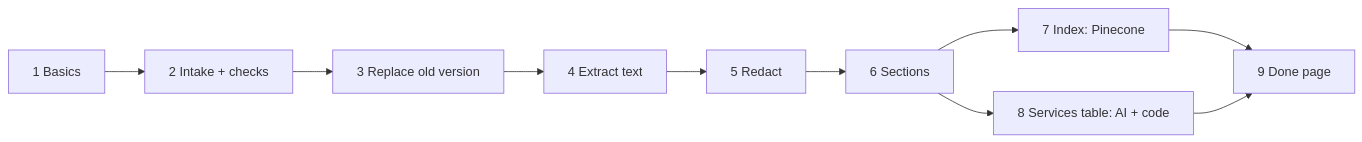
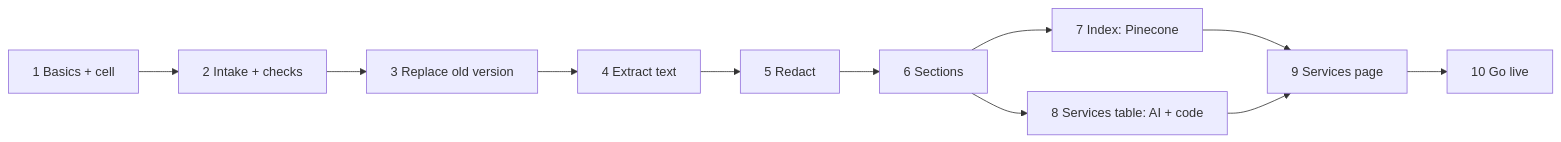
One commit to BharathiRaja-Palaniswamy/smartdesk changed the diagram in docs/workflows/onboarding.md. Above: the diagram before and after it, drawn with Mermaid. The commit also changed other lines of this file and 7 other files, not shown here.

````diff
--- a/docs/workflows/onboarding.md
+++ b/docs/workflows/onboarding.md
@@ -68,9 +72,10 @@
 ```mermaid
 flowchart LR
-  A[1 Basics] --> B[2 Intake + checks] --> C[3 Replace old version]
+  A[1 Basics + cell] --> B[2 Intake + checks] --> C[3 Replace old version]
   C --> D[4 Extract text] --> E[5 Redact] --> F[6 Sections]
   F --> G[7 Index: Pinecone]
   F --> H[8 Services table: AI + code]
-  G --> I[9 Done page]
+  G --> I[9 Services page]
   H --> I
+  I --> J[10 Go live]
 ```
````
